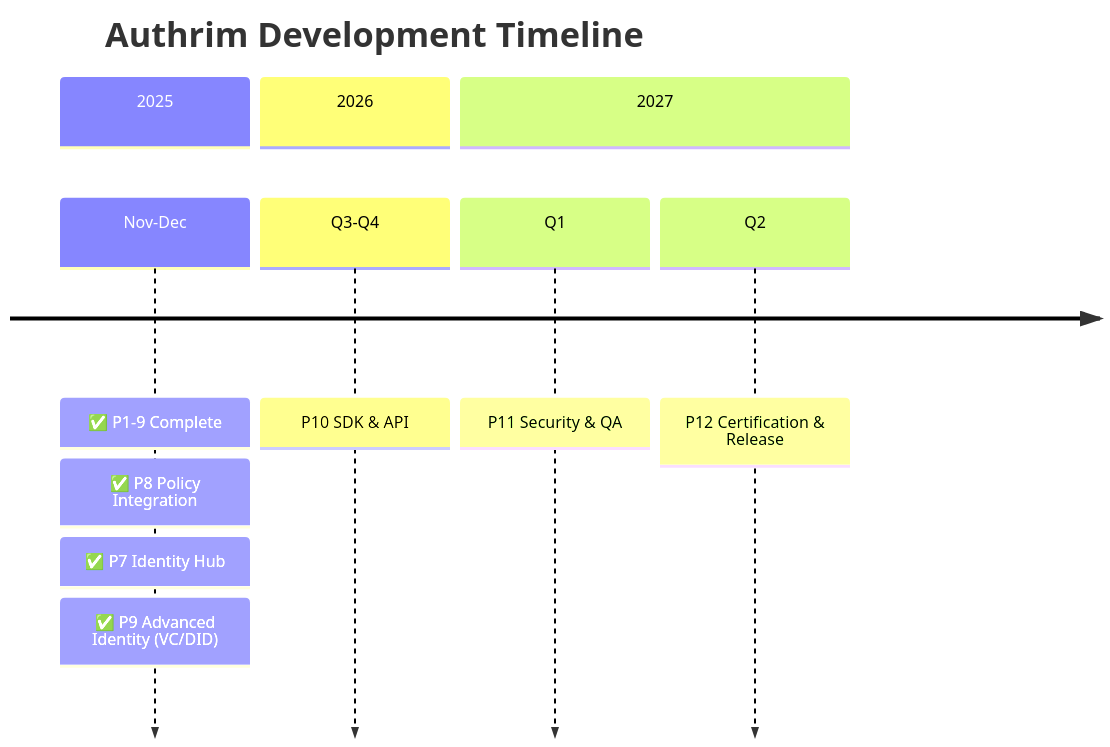
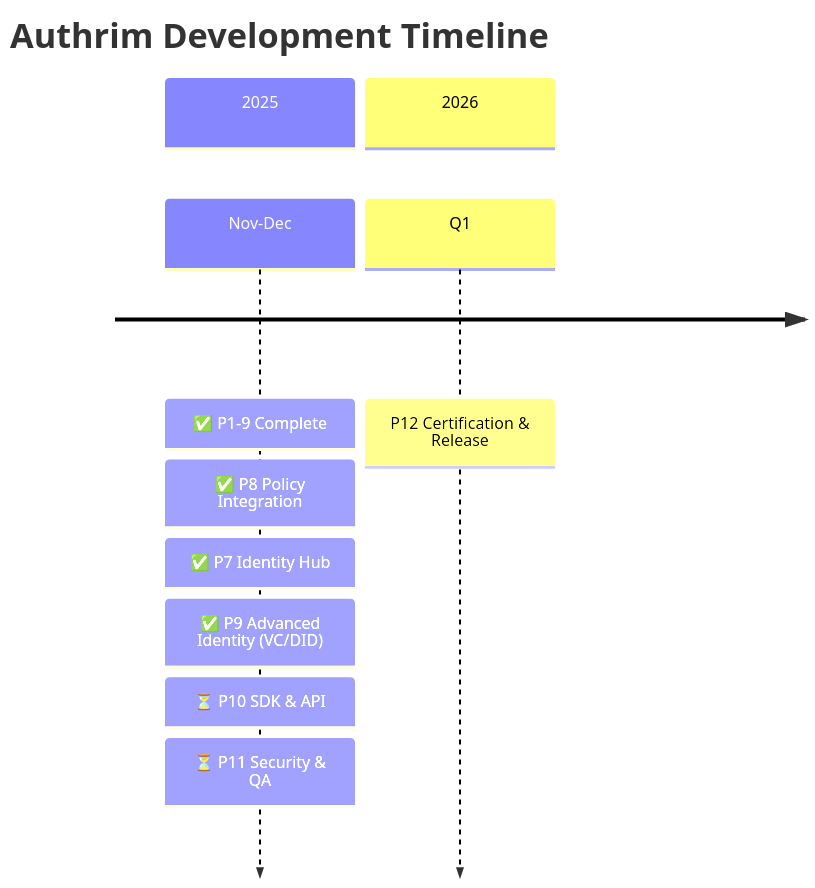
Before and after one commit to sgrastar/authrim: the diagram in docs/ROADMAP.md, drawn with Mermaid. The commit also changed other lines of this file and 53 other files, not shown here.

````diff
--- a/docs/ROADMAP.md
+++ b/docs/ROADMAP.md
@@ -11,14 +11,13 @@
 ```mermaid
 timeline
     title Authrim Development Timeline
     section 2025
         Nov-Dec : ✅ P1-9 Complete
                 : ✅ P8 Policy Integration
                 : ✅ P7 Identity Hub
                 : ✅ P9 Advanced Identity (VC/DID)
+                : ⏳ P10 SDK & API
+                : ⏳ P11 Security & QA
     section 2026
-        Q3-Q4 : P10 SDK & API
-    section 2027
-        Q1 : P11 Security & QA
-        Q2 : P12 Certification & Release
+        Q1 : P12 Certification & Release
 ```
````
